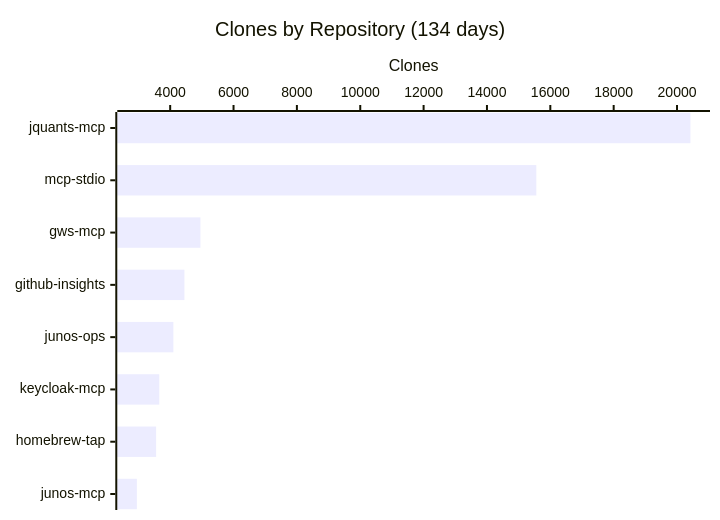
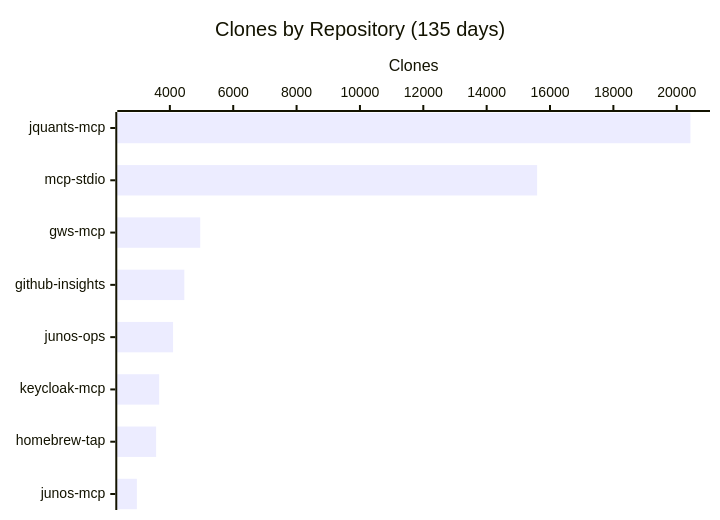
The fourth of 4 diagrams in README.md (shigechika/github-insights), drawn with Mermaid before and after one commit. The commit also changed other lines of this file and 2 other files, not shown here.

````diff
--- a/README.md
+++ b/README.md
@@ -58,7 +58,7 @@
 ```mermaid
 xychart-beta horizontal
-    title "Clones by Repository (134 days)"
+    title "Clones by Repository (135 days)"
     x-axis ["jquants-mcp", "mcp-stdio", "gws-mcp", "github-insights", "junos-ops", "keycloak-mcp", "homebrew-tap", "junos-mcp"]
     y-axis "Clones"
-    bar [20423, 15558, 4955, 4449, 4100, 3655, 3556, 2948]
+    bar [20432, 15593, 4958, 4456, 4102, 3662, 3566, 2958]
 ```
````
